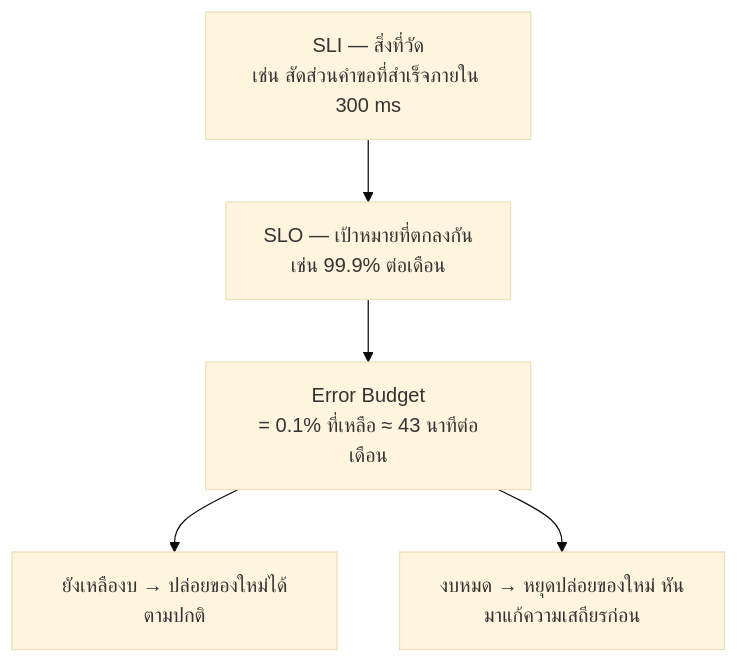
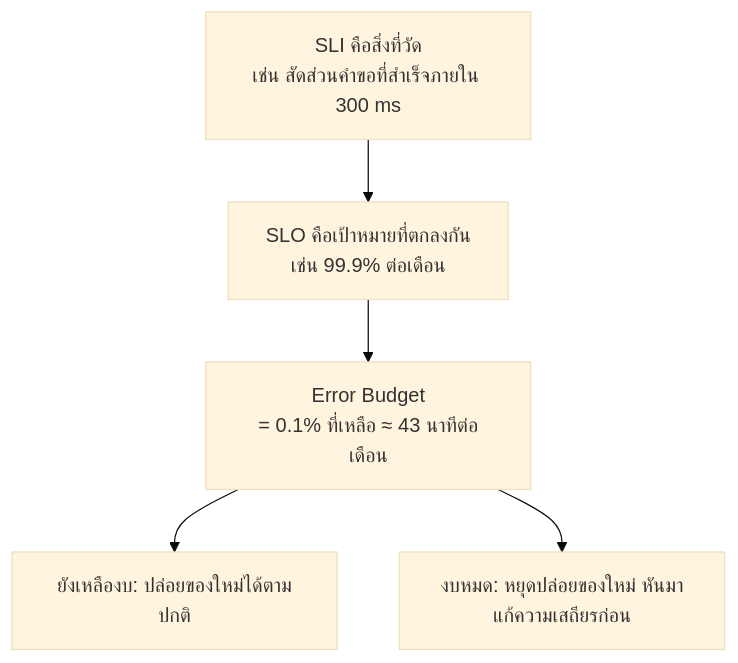
Diagram 13 of 14 in readings/07-modern-software-engineer.md (CE-SDPX/SDPX-AI), drawn with Mermaid (base theme) before and after one commit. The commit also changed other lines of this file and 6 other files, not shown here.

````diff
--- a/readings/07-modern-software-engineer.md
+++ b/readings/07-modern-software-engineer.md
@@ -348,9 +347,9 @@
 ```mermaid
 flowchart TB
-    SLI["SLI — สิ่งที่วัด<br/>เช่น สัดส่วนคำขอที่สำเร็จภายใน 300 ms"]
-    SLO["SLO — เป้าหมายที่ตกลงกัน<br/>เช่น 99.9% ต่อเดือน"]
+    SLI["SLI คือสิ่งที่วัด<br/>เช่น สัดส่วนคำขอที่สำเร็จภายใน 300 ms"]
+    SLO["SLO คือเป้าหมายที่ตกลงกัน<br/>เช่น 99.9% ต่อเดือน"]
     EB["Error Budget<br/>= 0.1% ที่เหลือ ≈ 43 นาทีต่อเดือน"]
     SLI --> SLO --> EB
-    EB --> D1["ยังเหลืองบ → ปล่อยของใหม่ได้ตามปกติ"]
-    EB --> D2["งบหมด → หยุดปล่อยของใหม่ หันมาแก้ความเสถียรก่อน"]
+    EB --> D1["ยังเหลืองบ: ปล่อยของใหม่ได้ตามปกติ"]
+    EB --> D2["งบหมด: หยุดปล่อยของใหม่ หันมาแก้ความเสถียรก่อน"]
 ```
````
